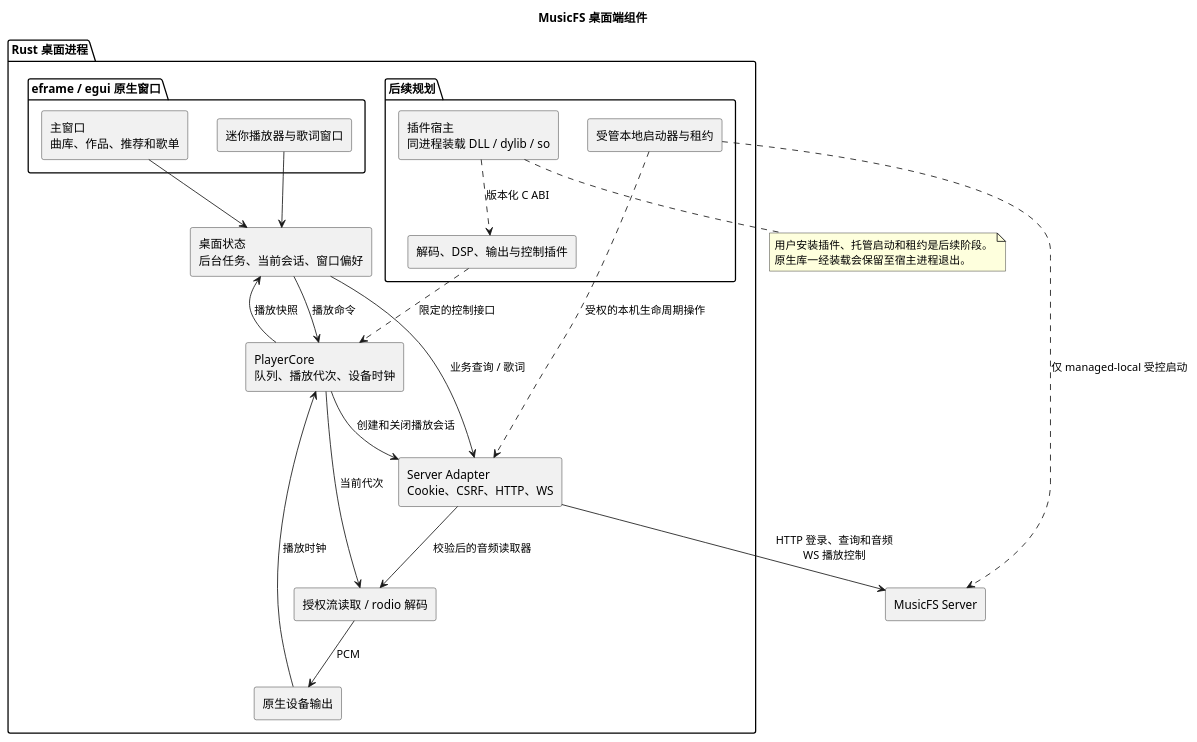
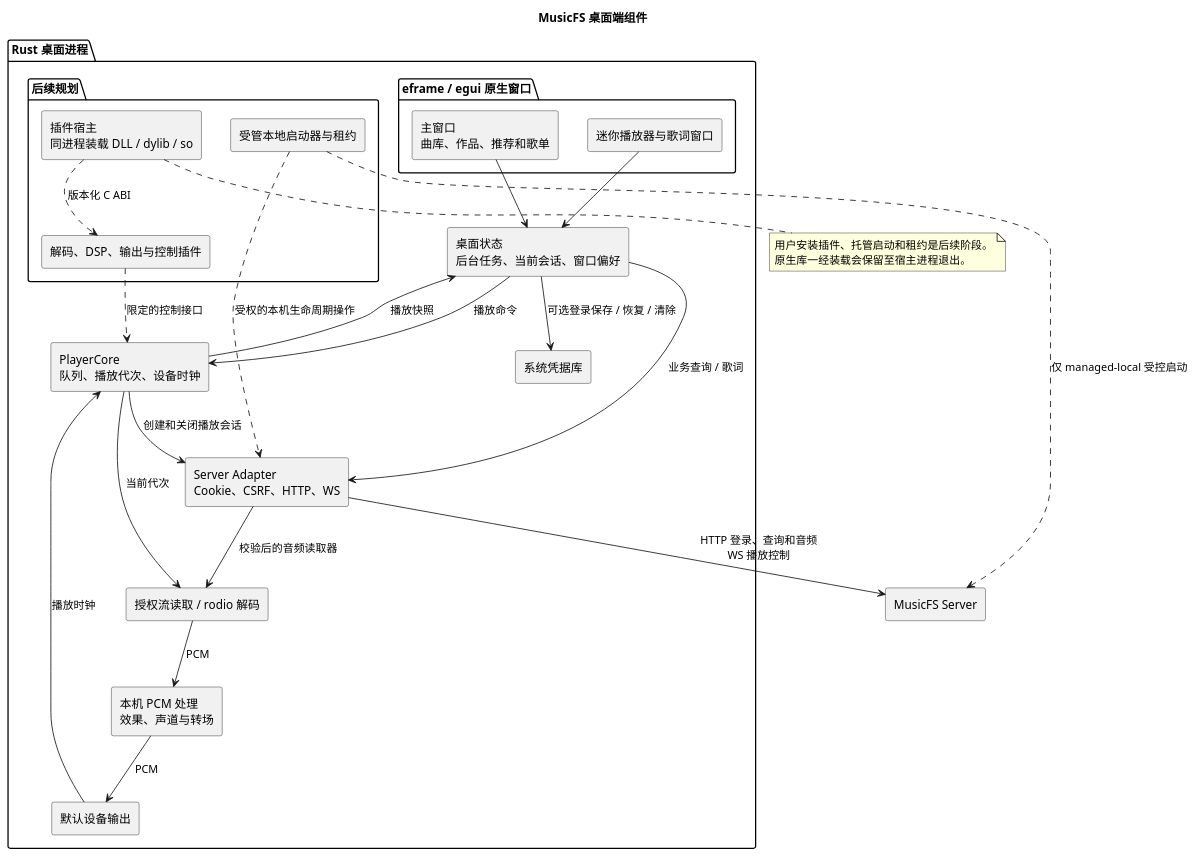
Before and after one commit to fnMrRice/MusicFS-client: the diagram in docs/diagrams/desktop-components.puml, drawn with PlantUML. The commit also changed 12 other files, not shown here.

```diff
--- a/docs/diagrams/desktop-components.puml
+++ b/docs/diagrams/desktop-components.puml
@@ -1,42 +1,46 @@
 @startuml
 title MusicFS 桌面端组件
 skinparam componentStyle rectangle
 
 package "Rust 桌面进程" {
   package "eframe / egui 原生窗口" {
     component "主窗口\n曲库、作品、推荐和歌单" as Main
     component "迷你播放器与歌词窗口" as Mini
   }
   component "桌面状态\n后台任务、当前会话、窗口偏好" as Model
   component "PlayerCore\n队列、播放代次、设备时钟" as Core
   component "Server Adapter\nCookie、CSRF、HTTP、WS" as Adapter
   component "授权流读取 / rodio 解码" as Decode
-  component "原生设备输出" as Output
+  component "本机 PCM 处理\n效果、声道与转场" as DSP
+  component "默认设备输出" as Output
+  component "系统凭据库" as Credentials
   Main --> Model
   Mini --> Model
   Model --> Adapter : 业务查询 / 歌词
   Model --> Core : 播放命令
   Core --> Model : 播放快照
   Core --> Adapter : 创建和关闭播放会话
   Core --> Decode : 当前代次
   Adapter --> Decode : 校验后的音频读取器
-  Decode --> Output : PCM
+  Decode --> DSP : PCM
+  DSP --> Output : PCM
+  Model --> Credentials : 可选登录保存 / 恢复 / 清除
   Output --> Core : 播放时钟
 
   package "后续规划" {
     component "插件宿主\n同进程装载 DLL / dylib / so" as Host
     component "解码、DSP、输出与控制插件" as Plugins
     component "受管本地启动器与租约" as Launcher
   }
   Host ..> Plugins : 版本化 C ABI
   Plugins ..> Core : 限定的控制接口
   Launcher ..> Adapter : 受权的本机生命周期操作
 }
 component "MusicFS Server" as Server
 Adapter --> Server : HTTP 登录、查询和音频\nWS 播放控制
 Launcher ..> Server : 仅 managed-local 受控启动
 note bottom of Host
   用户安装插件、托管启动和租约是后续阶段。
   原生库一经装载会保留至宿主进程退出。
 end note
 @enduml
```
